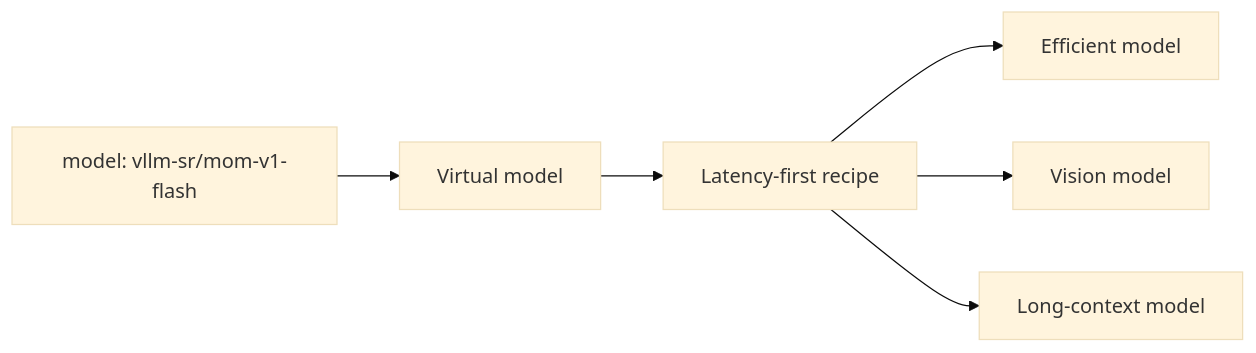
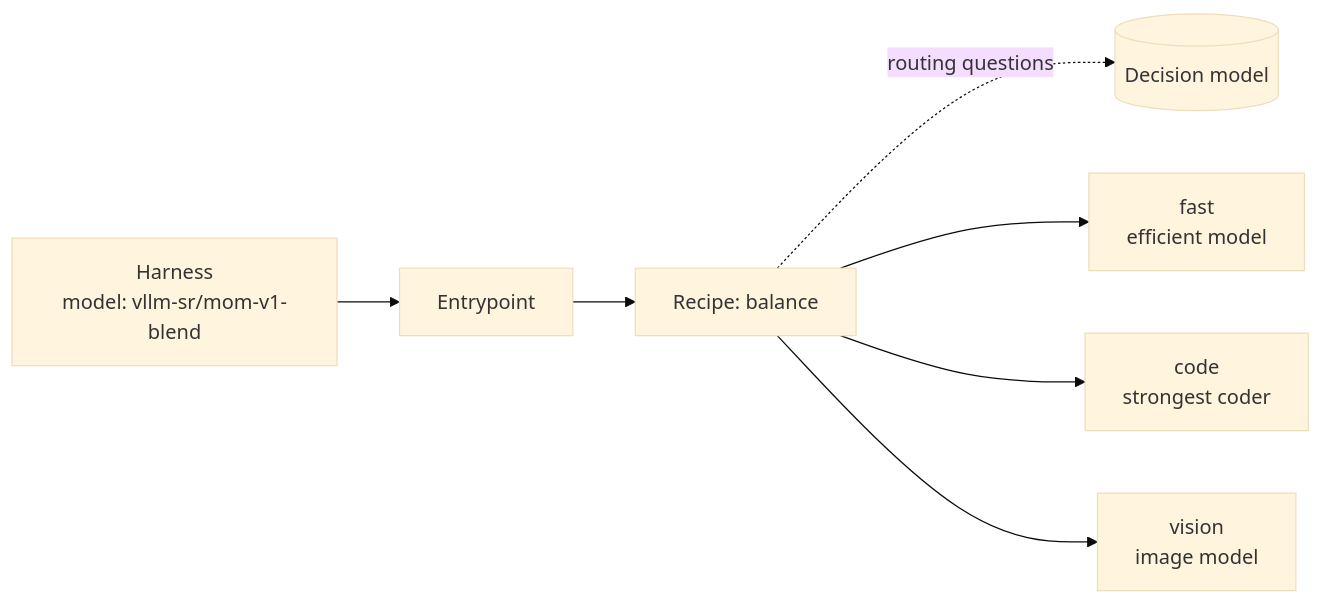
Before and after one commit to vllm-project/semantic-router: the diagram in website/docs/overview/mom-model-family.md, drawn with Mermaid (base theme). The commit also changed other lines of this file and 11 other files, not shown here.

````diff
--- a/website/docs/overview/mom-model-family.md
+++ b/website/docs/overview/mom-model-family.md
@@ -13,8 +23,9 @@
 ```mermaid
 flowchart LR
-    Client["model: vllm-sr/mom-v1-flash"] --> Virtual["Virtual model"]
-    Virtual --> Recipe["Latency-first recipe"]
-    Recipe --> Small["Efficient model"]
-    Recipe --> Vision["Vision model"]
-    Recipe --> Long["Long-context model"]
+    Client["Harness<br/>model: vllm-sr/mom-v1-blend"] --> Entry["Entrypoint"]
+    Entry --> Recipe["Recipe: balance"]
+    Recipe -.->|"routing questions"| DM[("Decision model")]
+    Recipe --> Fast["fast<br/>efficient model"]
+    Recipe --> Code["code<br/>strongest coder"]
+    Recipe --> Vision["vision<br/>image model"]
 ```
````
